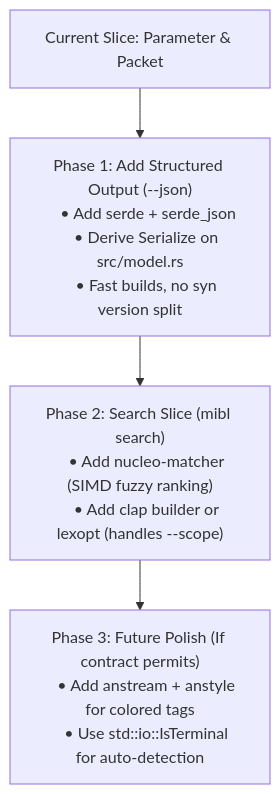
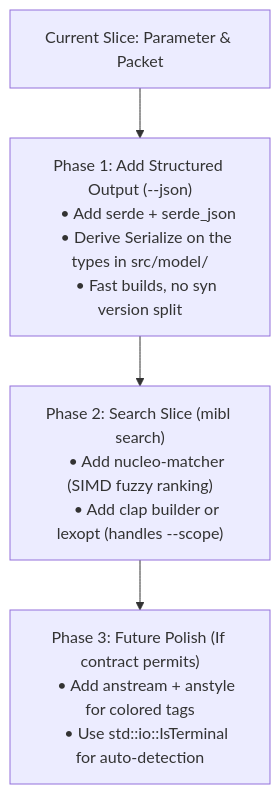
Before and after one commit to edwardhutchinson/mibl: the diagram in docs/research/cli-library-ecosystem.md, drawn with Mermaid. The commit also changed other lines of this file and 9 other files, not shown here.

````diff
--- a/docs/research/cli-library-ecosystem.md
+++ b/docs/research/cli-library-ecosystem.md
@@ -145,13 +145,13 @@
 ```mermaid
 flowchart TD
     Current["Current Slice: Parameter & Packet"] --> Step1["Phase 1: Add Structured Output (--json)
     • Add serde + serde_json
-    • Derive Serialize on src/model.rs
+    • Derive Serialize on the types in src/model/
     • Fast builds, no syn version split"]
     Step1 --> Step2["Phase 2: Search Slice (mibl search)
     • Add nucleo-matcher (SIMD fuzzy ranking)
     • Add clap builder or lexopt (handles --scope)"]
     Step2 --> Step3["Phase 3: Future Polish (If contract permits)
     • Add anstream + anstyle for colored tags
     • Use std::io::IsTerminal for auto-detection"]
 ```
````
